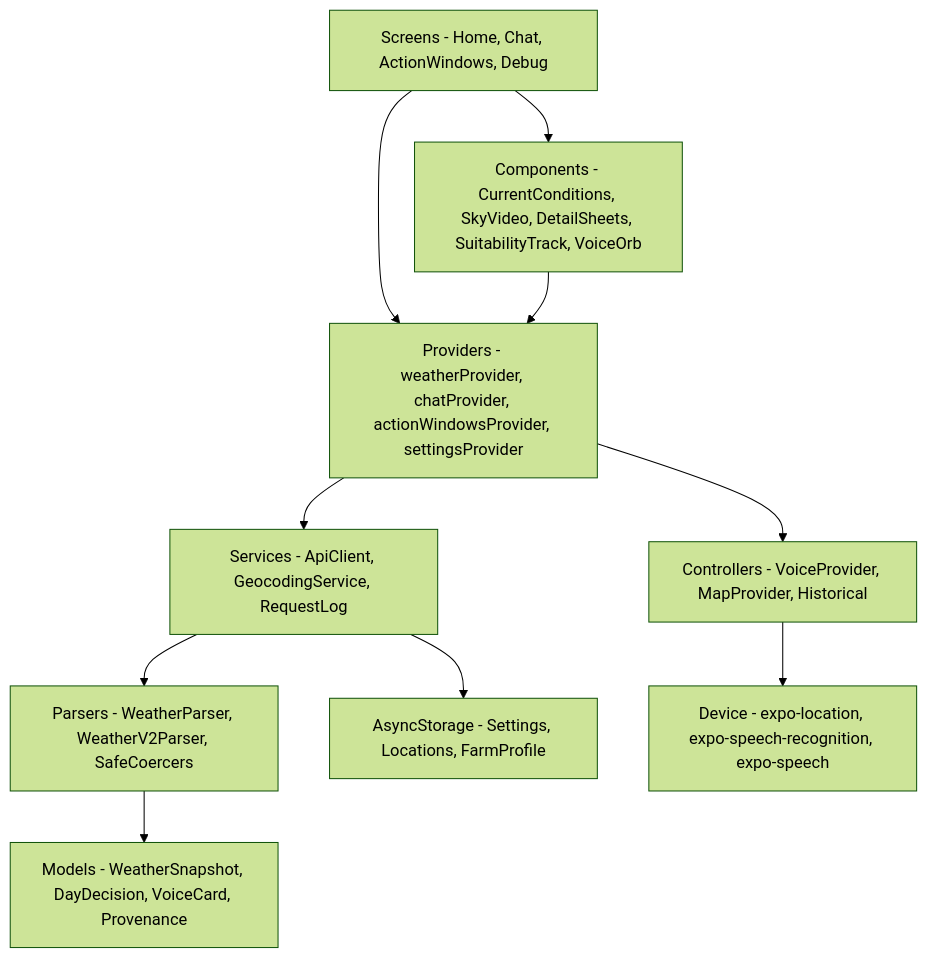
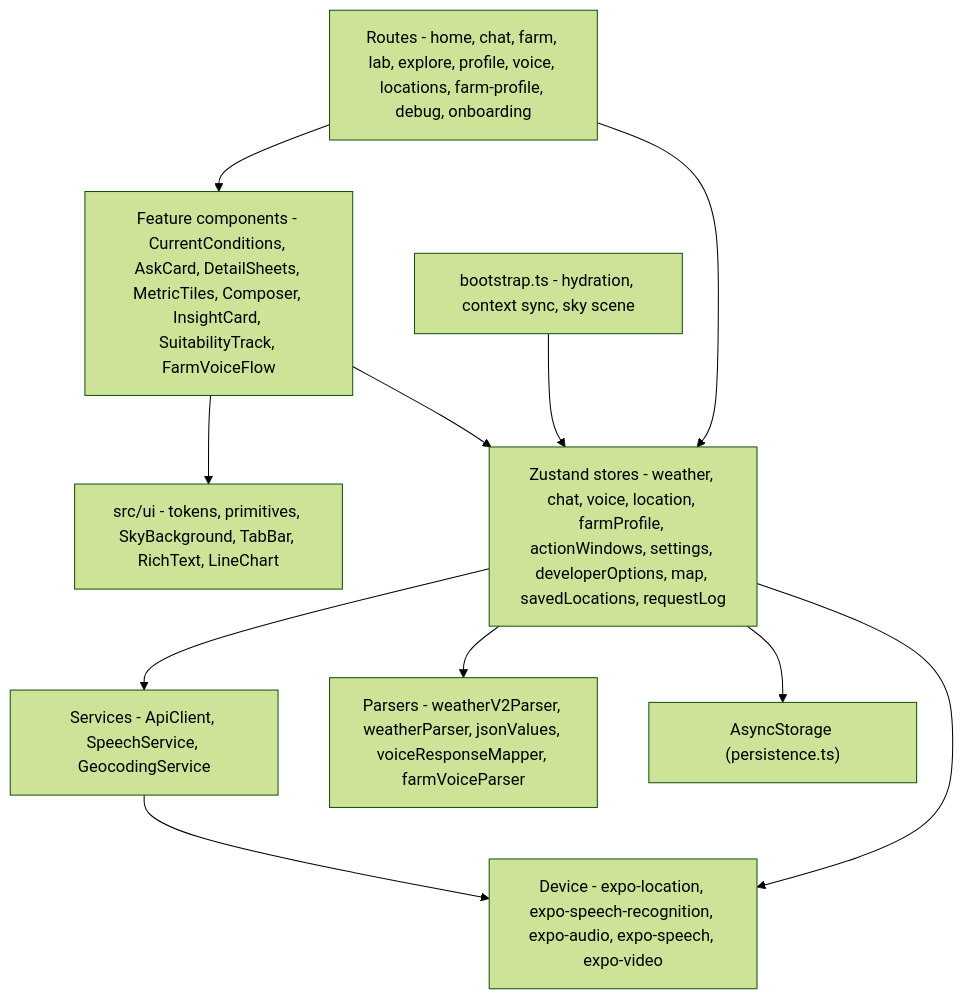
The third of 9 diagrams in ARCHITECTURE.md (omsenjalia/weathergpt-app), drawn with Mermaid (forest theme) before and after one commit. The commit also changed other lines of this file, not shown here.

First line of the commit message:
docs: sync ARCHITECTURE.md with current app and backend (#38)

````diff
--- a/ARCHITECTURE.md
+++ b/ARCHITECTURE.md
@@ -326,22 +410,22 @@
 ```mermaid
 graph TD
-    VIEWS["Screens - Home, Chat, ActionWindows, Debug"]
-    WIDGETS["Components - CurrentConditions, SkyVideo, DetailSheets, SuitabilityTrack, VoiceOrb"]
-    NOTIFIERS["Providers - weatherProvider, chatProvider, actionWindowsProvider, settingsProvider"]
-    CONTROLLERS["Controllers - VoiceProvider, MapProvider, Historical"]
-    PARSERS["Parsers - WeatherParser, WeatherV2Parser, SafeCoercers"]
-    MODELS["Models - WeatherSnapshot, DayDecision, VoiceCard, Provenance"]
-    SERVICES["Services - ApiClient, GeocodingService, RequestLog"]
-    STORAGE["AsyncStorage - Settings, Locations, FarmProfile"]
-    HARDWARE["Device - expo-location, expo-speech-recognition, expo-speech"]
+    ROUTES["Routes - home, chat, farm, lab, explore, profile, voice, locations, farm-profile, debug, onboarding"]
+    COMPONENTS["Feature components - CurrentConditions, AskCard, DetailSheets, MetricTiles, Composer, InsightCard, SuitabilityTrack, FarmVoiceFlow"]
+    UIKIT["src/ui - tokens, primitives, SkyBackground, TabBar, RichText, LineChart"]
+    STORES["Zustand stores - weather, chat, voice, location, farmProfile, actionWindows, settings, developerOptions, map, savedLocations, requestLog"]
+    BOOT["bootstrap.ts - hydration, context sync, sky scene"]
+    PARSERS["Parsers - weatherV2Parser, weatherParser, jsonValues, voiceResponseMapper, farmVoiceParser"]
+    SERVICES["Services - ApiClient, SpeechService, GeocodingService"]
+    STORAGE["AsyncStorage (persistence.ts)"]
+    DEVICE["Device - expo-location, expo-speech-recognition, expo-audio, expo-speech, expo-video"]
 
-    VIEWS --> WIDGETS
-    VIEWS --> NOTIFIERS
-    WIDGETS --> NOTIFIERS
-    NOTIFIERS --> CONTROLLERS
-    NOTIFIERS --> SERVICES
-    CONTROLLERS --> HARDWARE
-    SERVICES --> PARSERS
-    PARSERS --> MODELS
-    SERVICES --> STORAGE
+    ROUTES --> COMPONENTS --> UIKIT
+    ROUTES --> STORES
+    COMPONENTS --> STORES
+    BOOT --> STORES
+    STORES --> SERVICES
+    STORES --> PARSERS
+    STORES --> STORAGE
+    STORES --> DEVICE
+    SERVICES --> DEVICE
 ```
````
